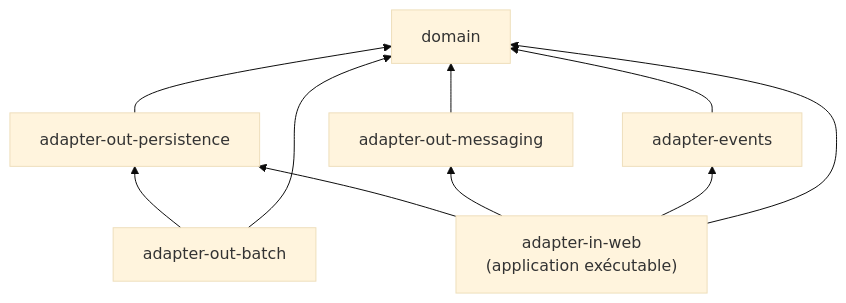
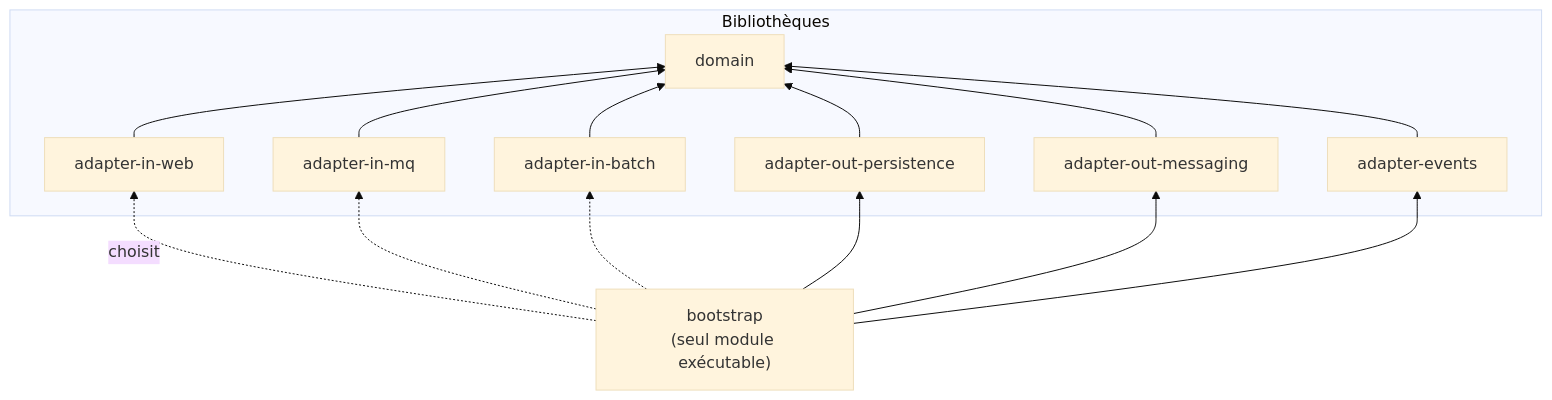
Before and after one commit to inacioc/Arduino: the third of 7 diagrams in sketches/SpringBoot4IntegrationTests4/General.md, drawn with Mermaid (base theme). The commit also changed other lines of this file and 1 other file, not shown here.

Commit message:
bootstrap 0.1.1

````diff
--- a/sketches/SpringBoot4IntegrationTests4/General.md
+++ b/sketches/SpringBoot4IntegrationTests4/General.md
@@ -467,12 +464,24 @@
 ```mermaid
 flowchart BT
-    P["adapter-out-persistence"] --> D["domain"]
-    M["adapter-out-messaging"] --> D
-    E["adapter-events"] --> D
-    B["adapter-out-batch"] --> P
-    B --> D
-    W["adapter-in-web<br/>(application exécutable)"] --> P
-    W --> M
-    W --> E
-    W --> D
+    subgraph libs ["Bibliothèques"]
+        D["domain"]
+        WEB["adapter-in-web"]
+        MQ["adapter-in-mq"]
+        BAT["adapter-in-batch"]
+        DB["adapter-out-persistence"]
+        MSG["adapter-out-messaging"]
+        EVT["adapter-events"]
+    end
+    WEB --> D
+    MQ --> D
+    BAT --> D
+    DB --> D
+    MSG --> D
+    EVT --> D
+    BOOT["bootstrap<br/>(seul module exécutable)"] -.->|"choisit"| WEB
+    BOOT -.-> MQ
+    BOOT -.-> BAT
+    BOOT --> DB
+    BOOT --> MSG
+    BOOT --> EVT
 ```
````
